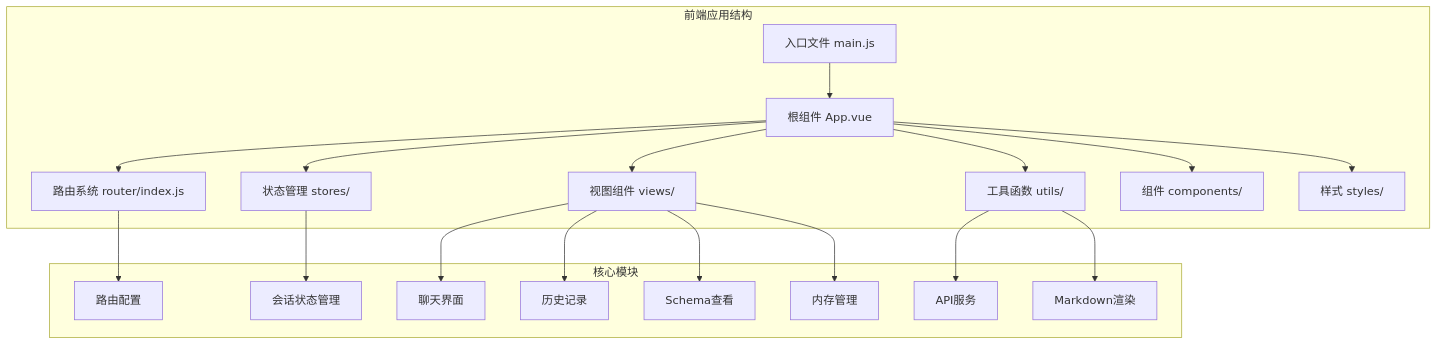
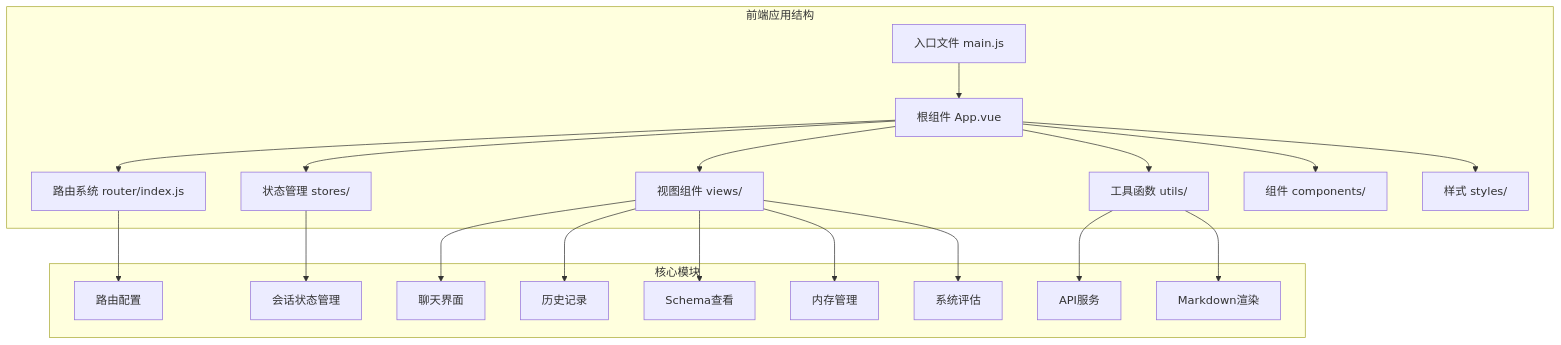
The first of 17 diagrams in .qoder/repowiki/zh/content/核心模块详解/NL2SQL自然语言到SQL系统/NL2SQL前端增强功能.md (HanHuiOnLine/724-office), drawn with Mermaid before and after one commit. The commit also changed other lines of this file and 200 other files, not shown here.

````diff
--- a/.qoder/repowiki/zh/content/核心模块详解/NL2SQL自然语言到SQL系统/NL2SQL前端增强功能.md
+++ b/.qoder/repowiki/zh/content/核心模块详解/NL2SQL自然语言到SQL系统/NL2SQL前端增强功能.md
@@ -57,22 +60,23 @@
 ```mermaid
 graph TB
 subgraph "前端应用结构"
 A[入口文件 main.js] --> B[根组件 App.vue]
 B --> C[路由系统 router/index.js]
 B --> D[状态管理 stores/]
 B --> E[视图组件 views/]
 B --> F[工具函数 utils/]
 B --> G[组件 components/]
 B --> H[样式 styles/]
 end
 subgraph "核心模块"
 C --> I[路由配置]
 D --> J[会话状态管理]
 E --> K[聊天界面]
 E --> L[历史记录]
 E --> M[Schema查看]
 E --> N[内存管理]
-F --> O[API服务]
-F --> P[Markdown渲染]
+E --> O[系统评估]
+F --> P[API服务]
+F --> Q[Markdown渲染]
 end
 ```
````
